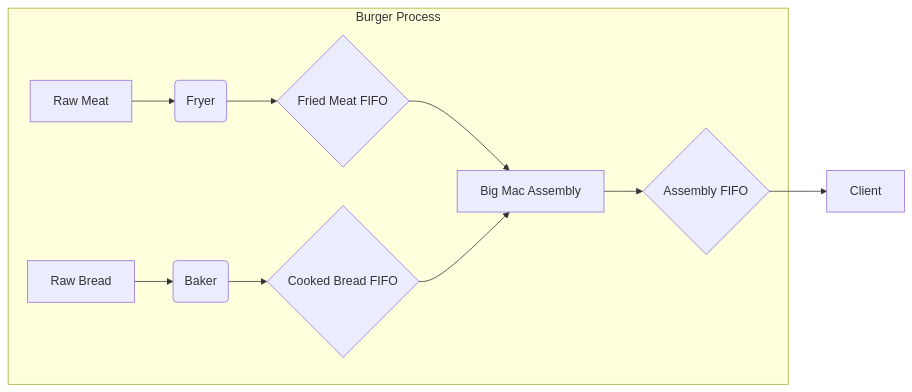
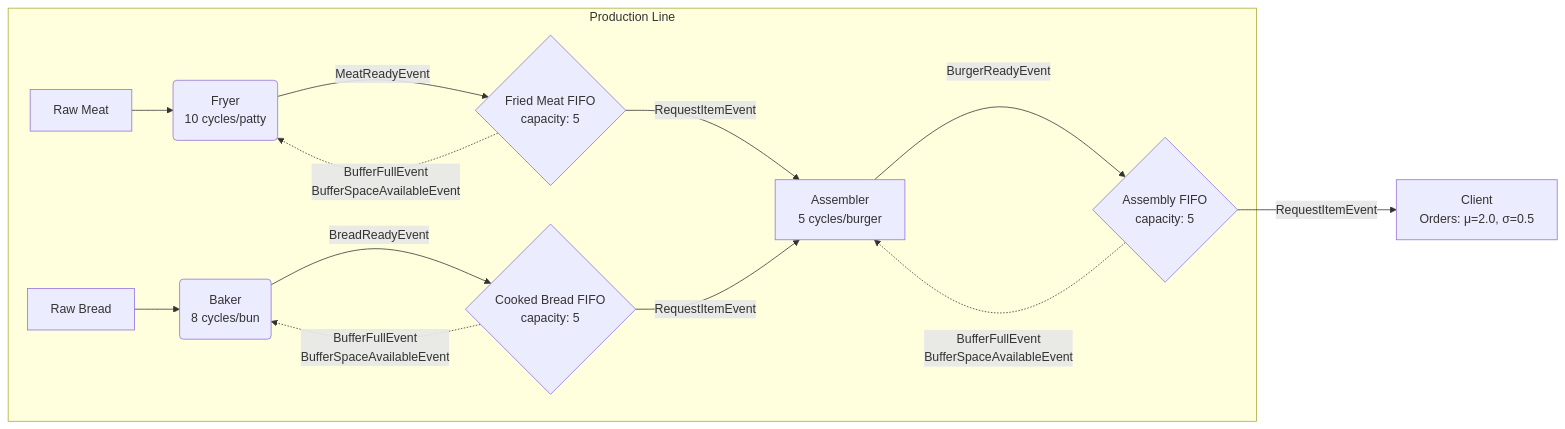
One commit to Windofbitter/rsim changed the diagram in burger_design.md. Above: the diagram before and after it, drawn with Mermaid. The commit also changed other lines of this file and 1 other file, not shown here.

First line of the commit message:
Update burger production design and fix compilation

````diff
--- a/burger_design.md
+++ b/burger_design.md
@@ -1,22 +5,26 @@
 ```mermaid
 graph LR
-    A[Raw Meat] --> B(Fryer)
-    B --> C{Fried Meat FIFO}
-    D[Raw Bread] --> E(Baker)
-    E --> F{Cooked Bread FIFO}
-    C --> G[Big Mac Assembly]
-    F --> G
-    G --> I{Assembly FIFO}
-    I --> H[Client]
+    A[Raw Meat] --> B(Fryer<br/>10 cycles/patty)
+    B -->|MeatReadyEvent| C{Fried Meat FIFO<br/>capacity: 5}
+    D[Raw Bread] --> E(Baker<br/>8 cycles/bun)
+    E -->|BreadReadyEvent| F{Cooked Bread FIFO<br/>capacity: 5}
+    C -->|RequestItemEvent| G[Assembler<br/>5 cycles/burger]
+    F -->|RequestItemEvent| G
+    G -->|BurgerReadyEvent| I{Assembly FIFO<br/>capacity: 5}
+    I -->|RequestItemEvent| H[Client<br/>Orders: μ=2.0, σ=0.5]
 
-    subgraph "Burger Process"
+    subgraph "Production Line"
         A
         B
         C
         D
         E
         F
         G
         I
     end
+
+    C -.->|BufferFullEvent<br/>BufferSpaceAvailableEvent| B
+    F -.->|BufferFullEvent<br/>BufferSpaceAvailableEvent| E
+    I -.->|BufferFullEvent<br/>BufferSpaceAvailableEvent| G
 ```
````
